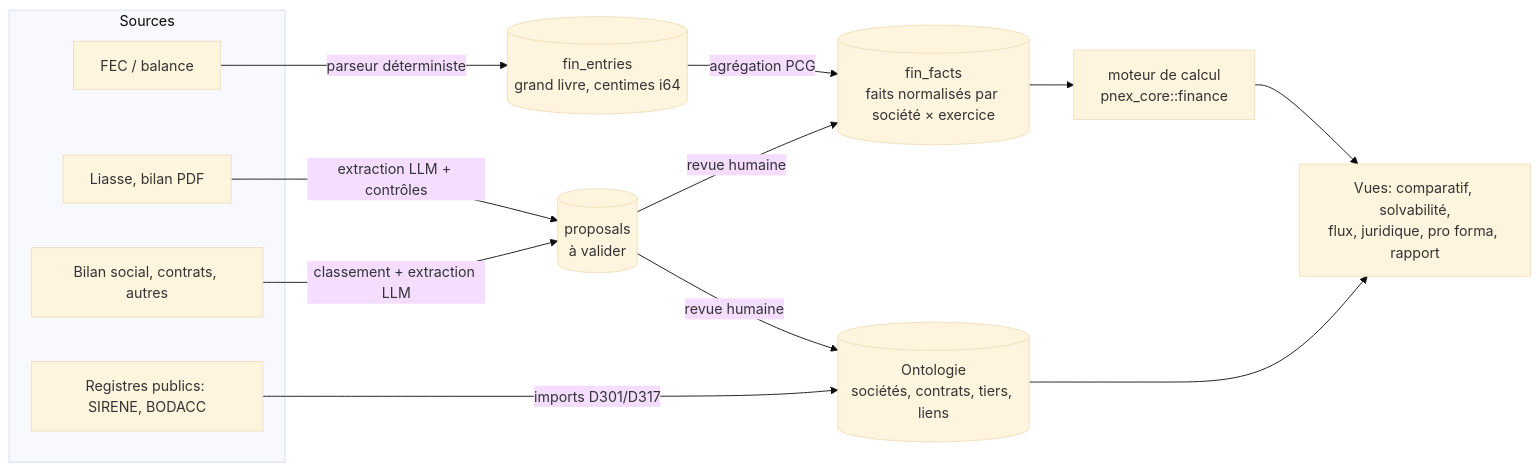
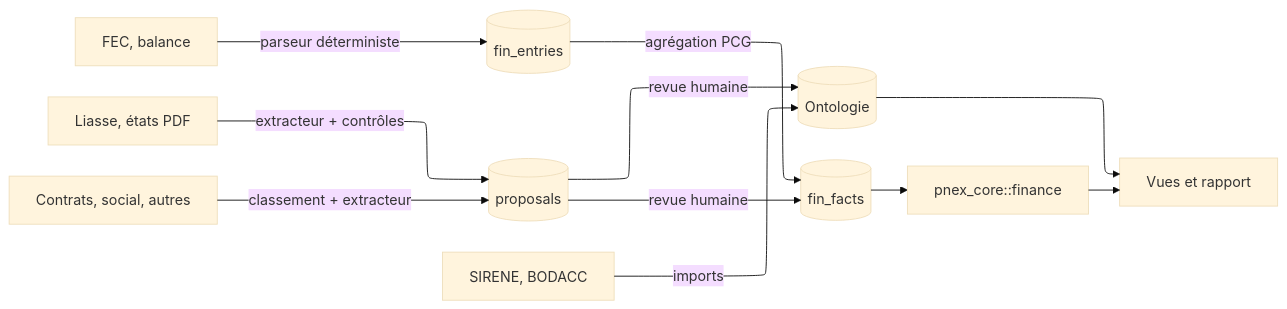
The second of 6 diagrams in docs/architecture/due-diligence.md (Pnex/pnex-rs), drawn with Mermaid (base theme) before and after one commit. The commit also changed other lines of this file, not shown here.

First line of the commit message:
docs(finance): rewrite due-diligence in STE with diagrams

````diff
--- a/docs/architecture/due-diligence.md
+++ b/docs/architecture/due-diligence.md
@@ -66,19 +48,17 @@
 ```mermaid
+---
+config:
+  layout: elk
+---
 flowchart LR
-  subgraph Sources
-    A[FEC / balance]
-    B[Liasse, bilan PDF]
-    C[Bilan social, contrats, autres]
-    D[Registres publics: SIRENE, BODACC]
-  end
-  A -->|parseur déterministe| L[(fin_entries<br/>grand livre, centimes i64)]
-  B -->|extraction LLM + contrôles| P[(proposals<br/>à valider)]
-  C -->|classement + extraction LLM| P
-  D -->|imports D301/D317| O
-  P -->|revue humaine| F
-  P -->|revue humaine| O[(Ontologie<br/>sociétés, contrats, tiers, liens)]
-  L -->|agrégation PCG| F[(fin_facts<br/>faits normalisés par société × exercice)]
-  F --> K[moteur de calcul<br/>pnex_core::finance]
-  K --> V[Vues: comparatif, solvabilité,<br/>flux, juridique, pro forma, rapport]
-  O --> V
+    A[FEC, balance] -->|parseur déterministe| L[(fin_entries)]
+    B[Liasse, états PDF] -->|extracteur + contrôles| P[(proposals)]
+    C[Contrats, social, autres] -->|classement + extracteur| P
+    D[SIRENE, BODACC] -->|imports| O[(Ontologie)]
+    P -->|revue humaine| F[(fin_facts)]
+    P -->|revue humaine| O
+    L -->|agrégation PCG| F
+    F --> K[pnex_core::finance]
+    K --> V[Vues et rapport]
+    O --> V
 ```
````
